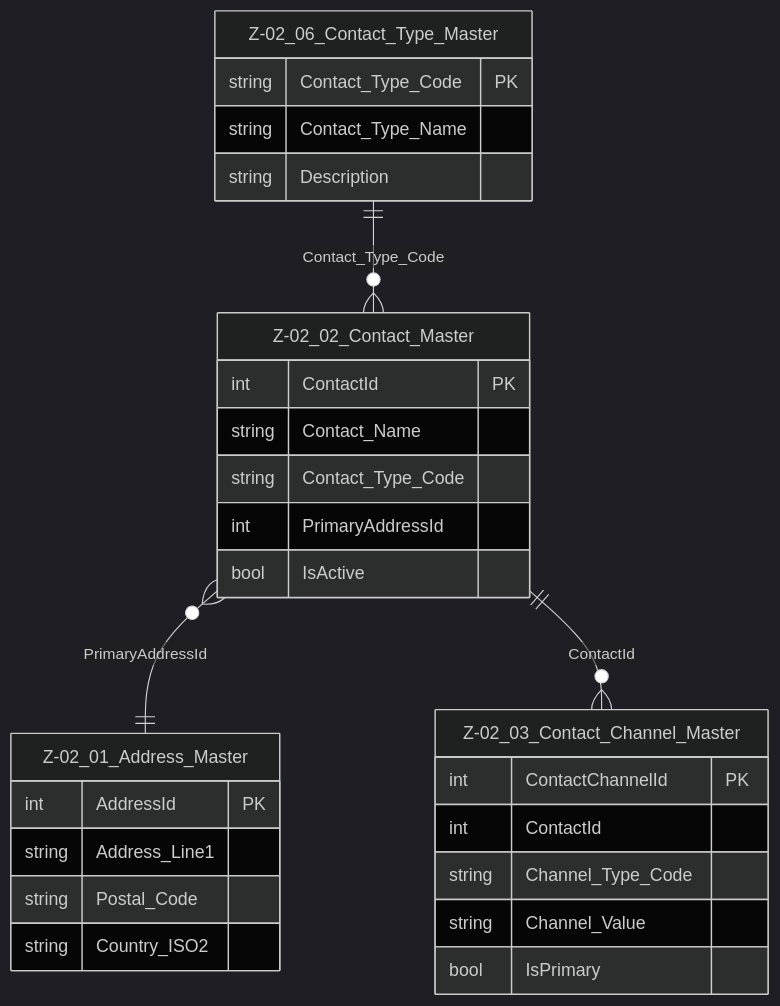
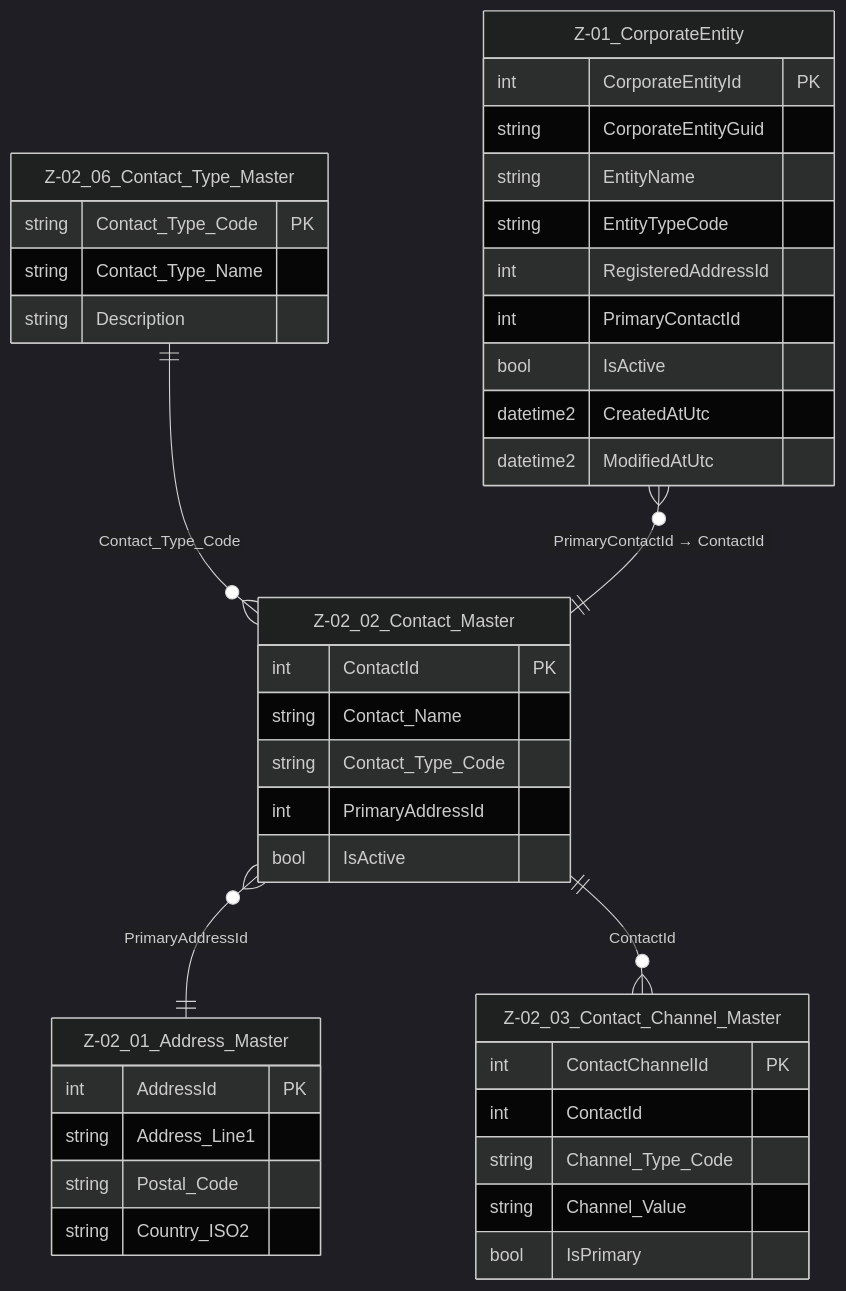
One commit to NeilWP/SUSTINA_CAB changed the diagram in 100 DATA MODELLING/Z- Data Entites/Z-02 Address_and_Contacts/Z-02.02 Contact_Master.md. Above: the diagram before and after it, drawn with Mermaid (dark theme). The commit also changed 2 other files, not shown here.

Commit message:
Deep dive into addresses and contacts

````diff
--- a/100 DATA MODELLING/Z- Data Entites/Z-02 Address_and_Contacts/Z-02.02 Contact_Master.md
+++ b/100 DATA MODELLING/Z- Data Entites/Z-02 Address_and_Contacts/Z-02.02 Contact_Master.md
@@ -41,35 +41,51 @@
 ```mermaid
 erDiagram
+ %% =========================================
+    %% Z-01 CORPORATE ENTITY
+    %% =========================================
+    Z-01_CorporateEntity {
+        int CorporateEntityId PK
+        string CorporateEntityGuid
+        string EntityName
+        string EntityTypeCode
+        int RegisteredAddressId
+        int PrimaryContactId
+        bool IsActive
+        datetime2 CreatedAtUtc
+        datetime2 ModifiedAtUtc
+    }
+
     Z-02_01_Address_Master {
         int AddressId PK
         string Address_Line1
         string Postal_Code
         string Country_ISO2
     }
 
     Z-02_06_Contact_Type_Master {
         string Contact_Type_Code PK
         string Contact_Type_Name
         string Description
     }
 
     Z-02_02_Contact_Master {
         int ContactId PK
         string Contact_Name
         string Contact_Type_Code
         int PrimaryAddressId
         bool IsActive
     }
 
     Z-02_03_Contact_Channel_Master {
         int ContactChannelId PK
         int ContactId
         string Channel_Type_Code
         string Channel_Value
         bool IsPrimary
     }
 
     Z-02_02_Contact_Master }o--|| Z-02_01_Address_Master : "PrimaryAddressId"
     Z-02_06_Contact_Type_Master ||--o{ Z-02_02_Contact_Master : "Contact_Type_Code"
     Z-02_02_Contact_Master ||--o{ Z-02_03_Contact_Channel_Master : "ContactId"
+    Z-01_CorporateEntity }o--|| Z-02_02_Contact_Master : "PrimaryContactId → ContactId"
 ```
````
